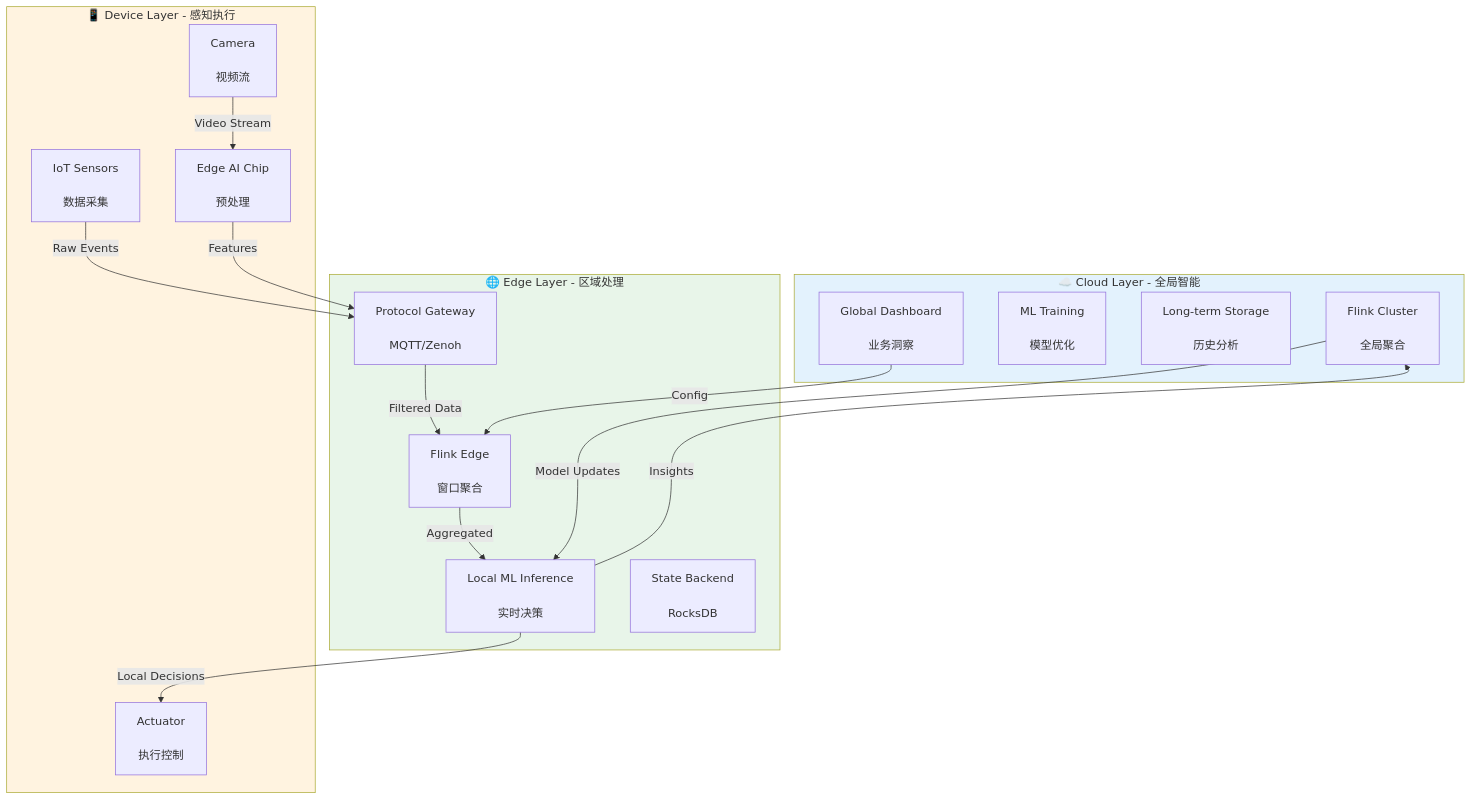
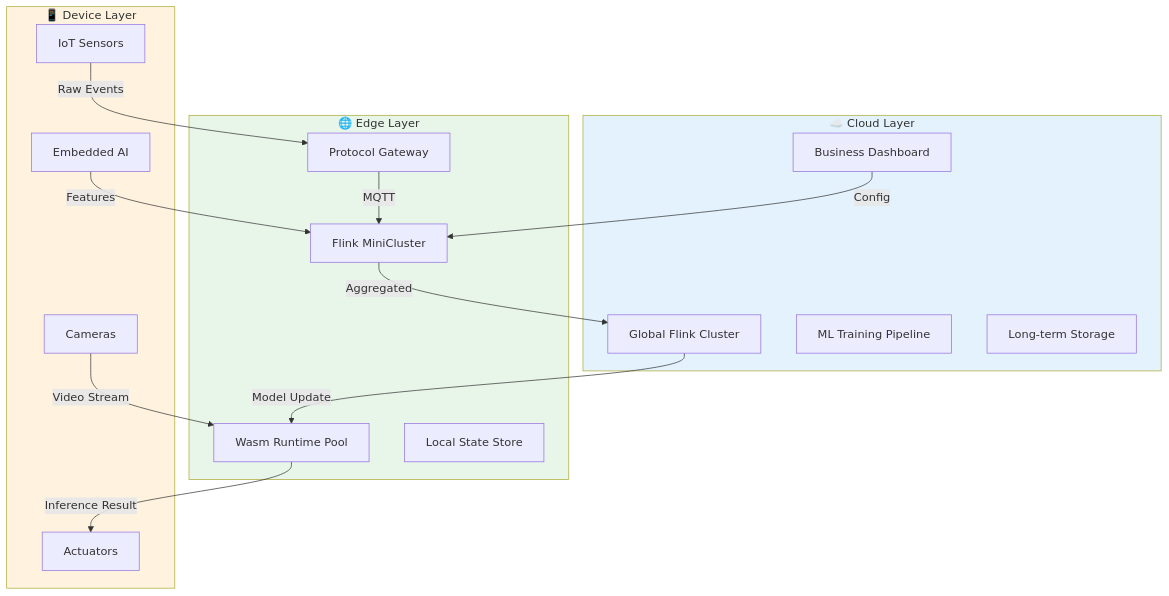
The first of 5 diagrams in Knowledge/06-frontier/edge-streaming-patterns.md (AdaMartin18010/AnalysisDataFlow), drawn with Mermaid before and after one commit. The commit also changed other lines of this file and 20 other files, not shown here.

````diff
--- a/Knowledge/06-frontier/edge-streaming-patterns.md
+++ b/Knowledge/06-frontier/edge-streaming-patterns.md
@@ -749,49 +728,36 @@
 ```mermaid
 graph TB
-    subgraph Cloud["☁️ Cloud Layer - 全局智能"]
-        C1[Flink Cluster
-        <br/>全局聚合]
-        C2[ML Training
-        <br/>模型优化]
-        C3[Long-term Storage
-        <br/>历史分析]
-        C4[Global Dashboard
-        <br/>业务洞察]
+    subgraph Cloud["☁️ Cloud Layer"]
+        C1[Global Flink Cluster]
+        C2[ML Training Pipeline]
+        C3[Long-term Storage]
+        C4[Business Dashboard]
     end
 
-    subgraph Edge["🌐 Edge Layer - 区域处理"]
-        E1[Flink Edge
-        <br/>窗口聚合]
-        E2[Local ML Inference
-        <br/>实时决策]
-        E3[State Backend
-        <br/>RocksDB]
-        E4[Protocol Gateway
-        <br/>MQTT/Zenoh]
+    subgraph Edge["🌐 Edge Layer"]
+        E1[Flink MiniCluster]
+        E2[Wasm Runtime Pool]
+        E3[Local State Store]
+        E4[Protocol Gateway]
     end
 
-    subgraph Device["📱 Device Layer - 感知执行"]
-        D1[IoT Sensors
-        <br/>数据采集]
-        D2[Camera
-        <br/>视频流]
-        D3[Edge AI Chip
-        <br/>预处理]
-        D4[Actuator
-        <br/>执行控制]
+    subgraph Device["📱 Device Layer"]
+        D1[IoT Sensors]
+        D2[Cameras]
+        D3[Embedded AI]
+        D4[Actuators]
     end
 
     D1 -->|Raw Events| E4
-    D2 -->|Video Stream| D3
-    D3 -->|Features| E4
-    E4 -->|Filtered Data| E1
-    E1 -->|Aggregated| E2
-    E2 -->|Local Decisions| D4
-    E2 -->|Insights| C1
-    C1 -->|Model Updates| E2
+    D2 -->|Video Stream| E2
+    D3 -->|Features| E1
+    E4 -->|MQTT| E1
+    E1 -->|Aggregated| C1
+    E2 -->|Inference Result| D4
+    C1 -->|Model Update| E2
     C4 -->|Config| E1
 
     style Cloud fill:#e3f2fd
     style Edge fill:#e8f5e9
     style Device fill:#fff3e0
 ```
````
